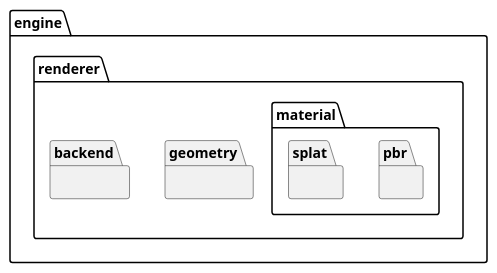
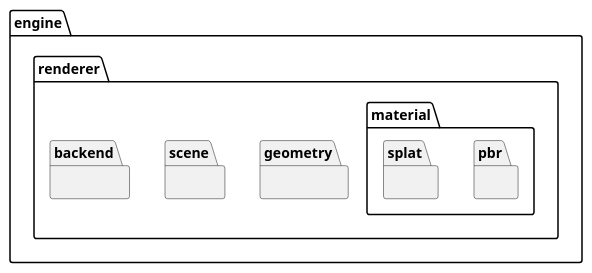
Before and after one commit to McNopper/Playground: the diagram in docs/diagrams/packages/package_engine_renderer.puml, drawn with PlantUML. The commit also changed 5 other files, not shown here.

```diff
--- a/docs/diagrams/packages/package_engine_renderer.puml
+++ b/docs/diagrams/packages/package_engine_renderer.puml
@@ -1,20 +1,22 @@
 @startuml Package engine.renderer
 
 package engine {
 
   package renderer {
 
     package geometry {}
 
     package material {
       package pbr {}
       package splat {}
     }
 
+    package scene {}
+
     package backend {}
 
   }
 
 }
 
 @enduml
```
